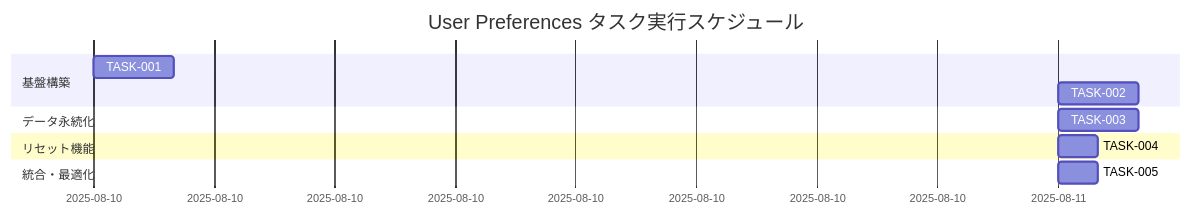
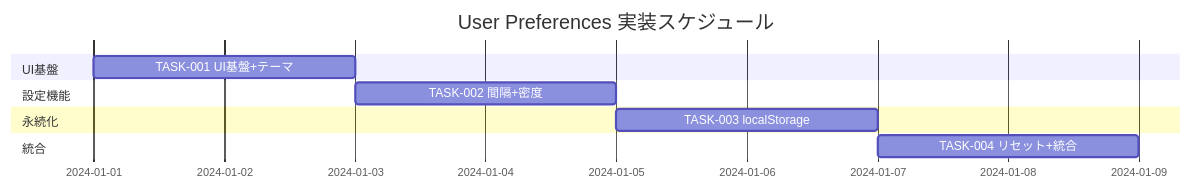
Before and after one commit to small-java-world/rails-react-tdd-sample-app: the diagram in docs/tasks/user-preferences-tasks.md, drawn with Mermaid. The commit also changed other lines of this file and 2 other files, not shown here.

````diff
--- a/docs/tasks/user-preferences-tasks.md
+++ b/docs/tasks/user-preferences-tasks.md
@@ -150,14 +265,13 @@
 ```mermaid
 gantt
-    title User Preferences タスク実行スケジュール
+    title User Preferences 実装スケジュール
     dateFormat  YYYY-MM-DD
-    section 基盤構築
-    TASK-001: 基本設定UI           :a1, 2025-08-10, 2h
-    TASK-002: 即時反映機能         :a2, after a1, 2h
-    section データ永続化
-    TASK-003: localStorage機能     :b1, after a2, 2h
-    section リセット機能
-    TASK-004: リセット機能         :c1, after b1, 1h
-    section 統合・最適化
-    TASK-005: 統合テスト・最適化   :d1, after c1, 1h
+    section UI基盤
+    TASK-001 UI基盤+テーマ      :t1, 2024-01-01, 2d
+    section 設定機能
+    TASK-002 間隔+密度          :t2, after t1, 2d
+    section 永続化
+    TASK-003 localStorage       :t3, after t2, 2d
+    section 統合
+    TASK-004 リセット+統合      :t4, after t3, 2d
 ```
````
